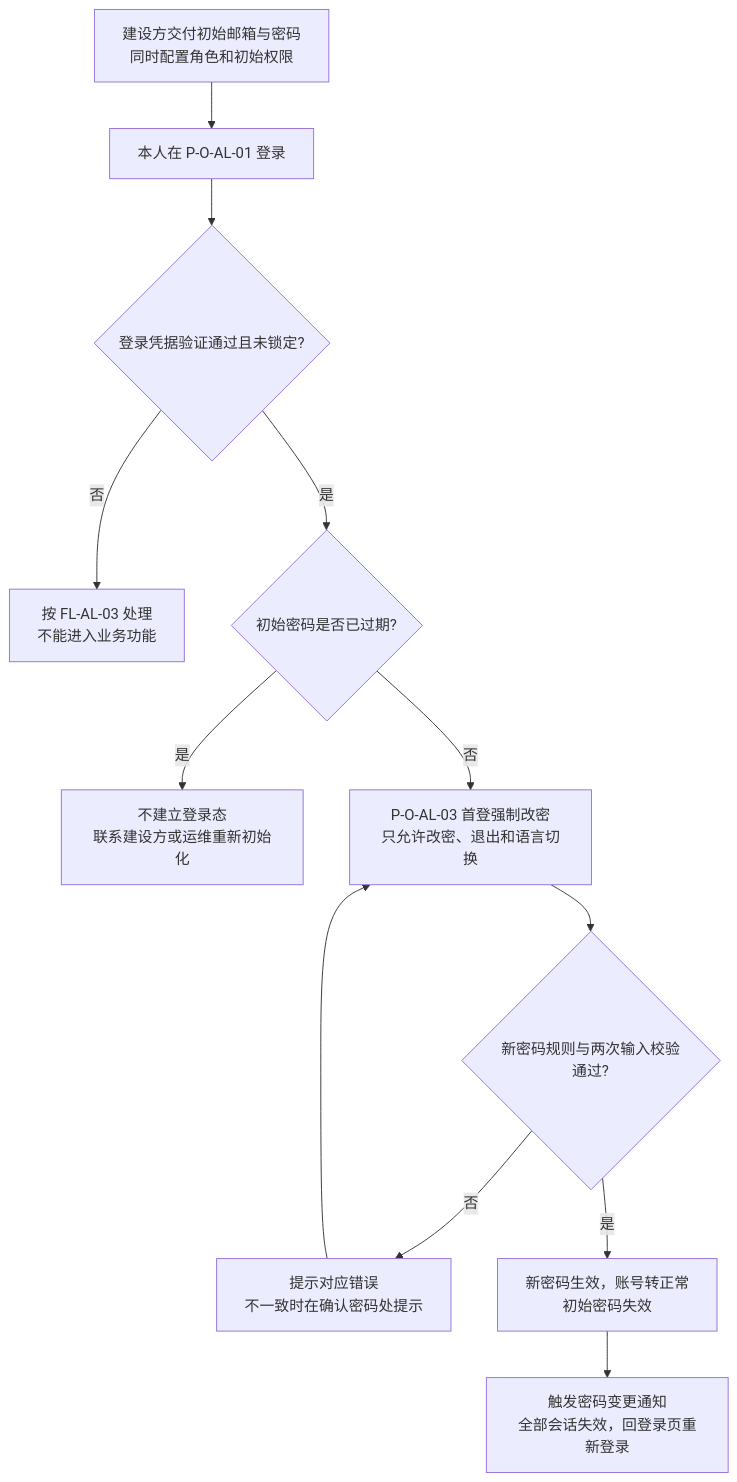
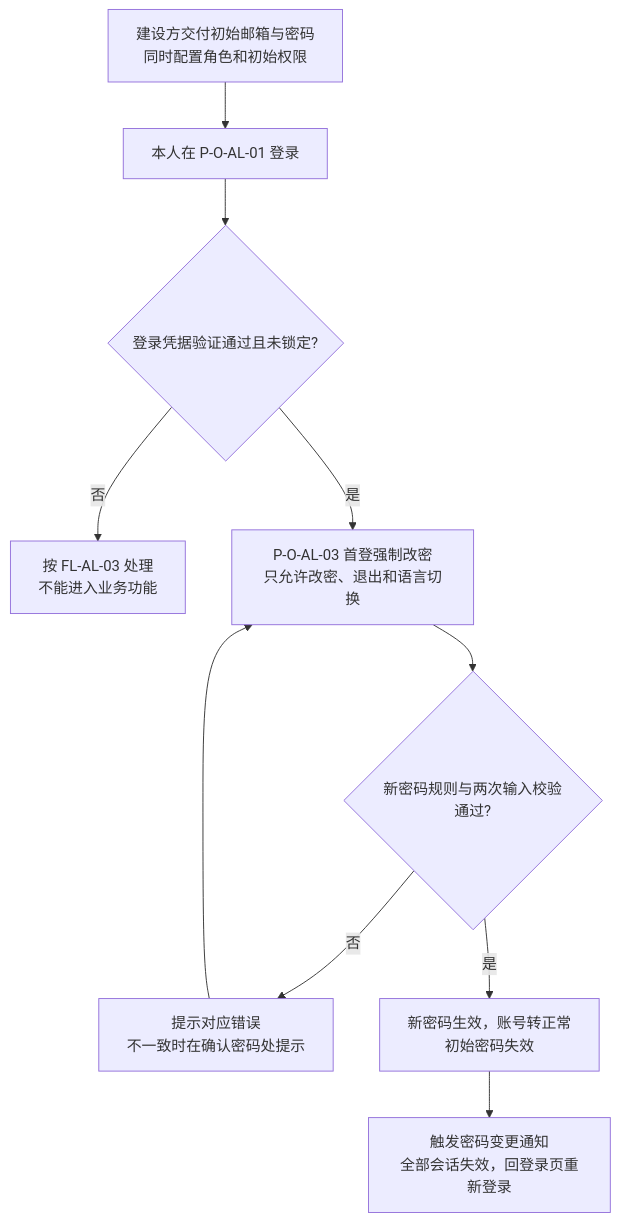
The first of 10 diagrams in lending-platform/PRD/运营端/01-运营端账户与登录/02-运营端账户与登录-流程图与状态机.md (wxblockchain/Chain-Financing), drawn with Mermaid before and after one commit. The commit also changed other lines of this file and 11 other files, not shown here.

````diff
--- a/lending-platform/PRD/运营端/01-运营端账户与登录/02-运营端账户与登录-流程图与状态机.md
+++ b/lending-platform/PRD/运营端/01-运营端账户与登录/02-运营端账户与登录-流程图与状态机.md
@@ -22,14 +22,12 @@
 ```mermaid
 flowchart TD
     A["建设方交付初始邮箱与密码<br/>同时配置角色和初始权限"] --> B["本人在 P-O-AL-01 登录"]
     B --> C{"登录凭据验证通过且未锁定?"}
     C -->|否| D["按 FL-AL-03 处理<br/>不能进入业务功能"]
-    C -->|是| E{"初始密码是否已过期?"}
-    E -->|是| F["不建立登录态<br/>联系建设方或运维重新初始化"]
-    E -->|否| G["P-O-AL-03 首登强制改密<br/>只允许改密、退出和语言切换"]
+    C -->|是| G["P-O-AL-03 首登强制改密<br/>只允许改密、退出和语言切换"]
     G --> H{"新密码规则与两次输入校验通过?"}
     H -->|否| I["提示对应错误<br/>不一致时在确认密码处提示"]
     I --> G
     H -->|是| J["新密码生效，账号转正常<br/>初始密码失效"]
     J --> K["触发密码变更通知<br/>全部会话失效，回登录页重新登录"]
 ```
````
